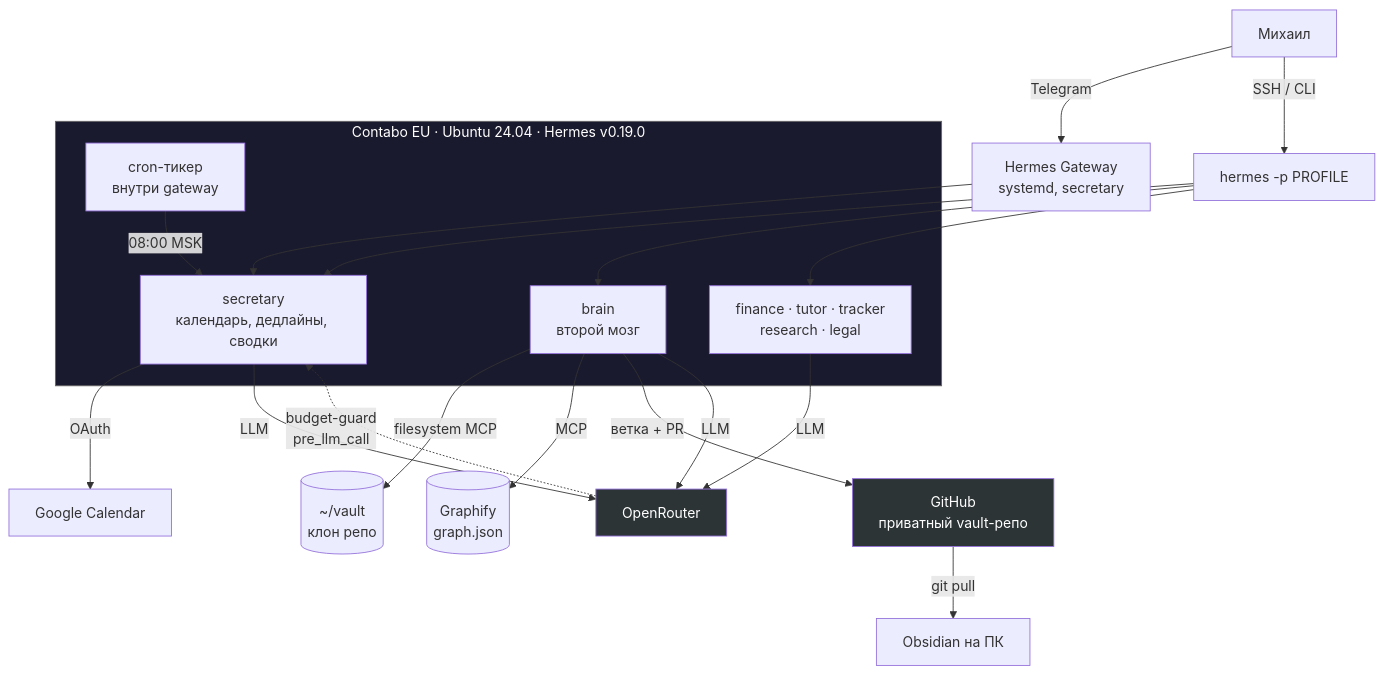
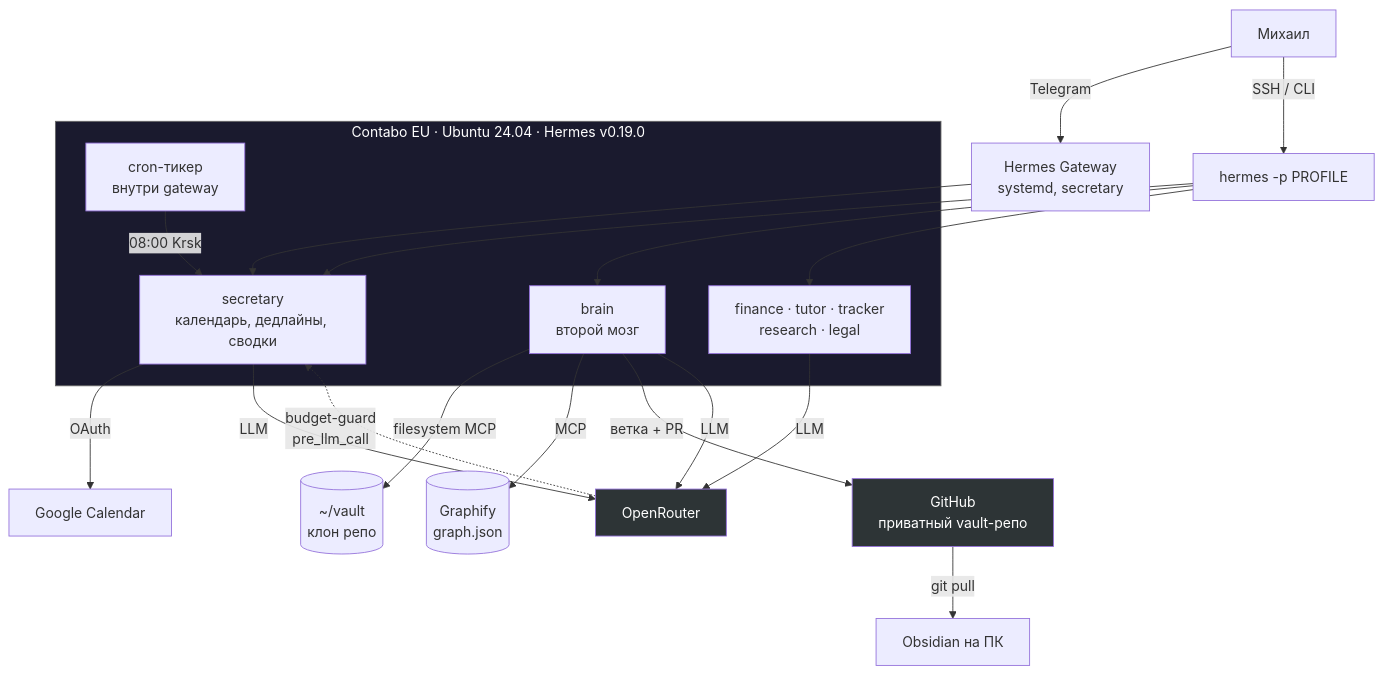
One commit to exyzetmichael-hash/ai-team-v2 changed the diagram in docs/project-overview.md. Above: the diagram before and after it, drawn with Mermaid. The commit also changed other lines of this file and 9 other files, not shown here.

````diff
--- a/docs/project-overview.md
+++ b/docs/project-overview.md
@@ -45,29 +45,29 @@
 ```mermaid
 graph TB
     U[Михаил] -->|Telegram| GW[Hermes Gateway<br/>systemd, secretary]
     U -->|SSH / CLI| CLI[hermes -p PROFILE]
 
     GW --> SEC
     CLI --> SEC & BR & LIGHT
 
     subgraph VPS["Contabo EU · Ubuntu 24.04 · Hermes v0.19.0"]
         SEC["secretary<br/>календарь, дедлайны, сводки"]
         BR["brain<br/>второй мозг"]
         LIGHT["finance · tutor · tracker<br/>research · legal"]
         CRON["cron-тикер<br/>внутри gateway"]
     end
 
-    CRON -->|08:00 MSK| SEC
+    CRON -->|08:00 Krsk| SEC
     SEC -->|OAuth| GCAL[Google Calendar]
     BR -->|filesystem MCP| VAULT[("~/vault<br/>клон репо")]
     BR -->|MCP| GRAPH[("Graphify<br/>graph.json")]
     BR -->|ветка + PR| GH[GitHub<br/>приватный vault-репо]
     GH -->|git pull| OBS[Obsidian на ПК]
 
     SEC & BR & LIGHT -->|LLM| OR[OpenRouter]
     OR -.->|budget-guard<br/>pre_llm_call| SEC
 
     style VPS fill:#1a1a2e,stroke:#666,color:#fff
     style OR fill:#2d3436,color:#fff
     style GH fill:#2d3436,color:#fff
 ```
````
